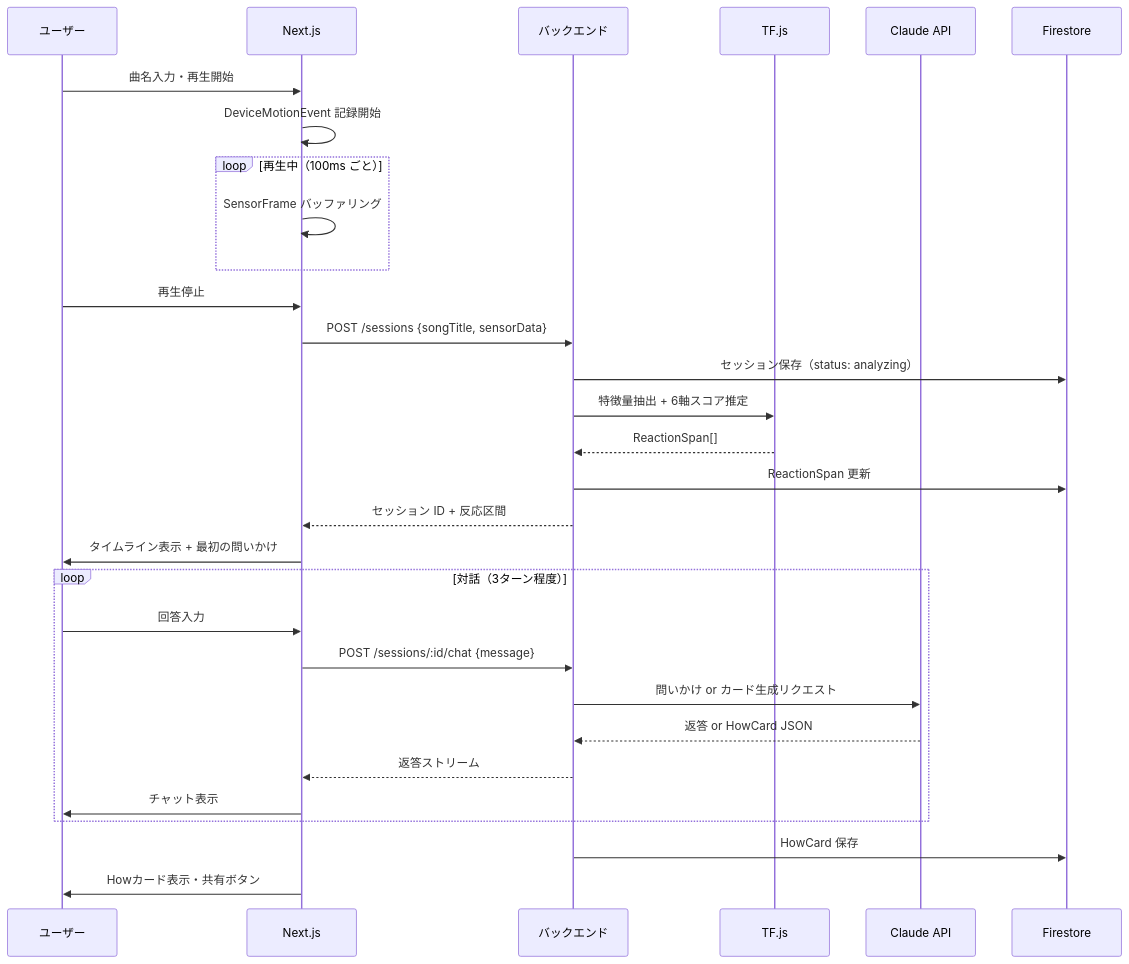
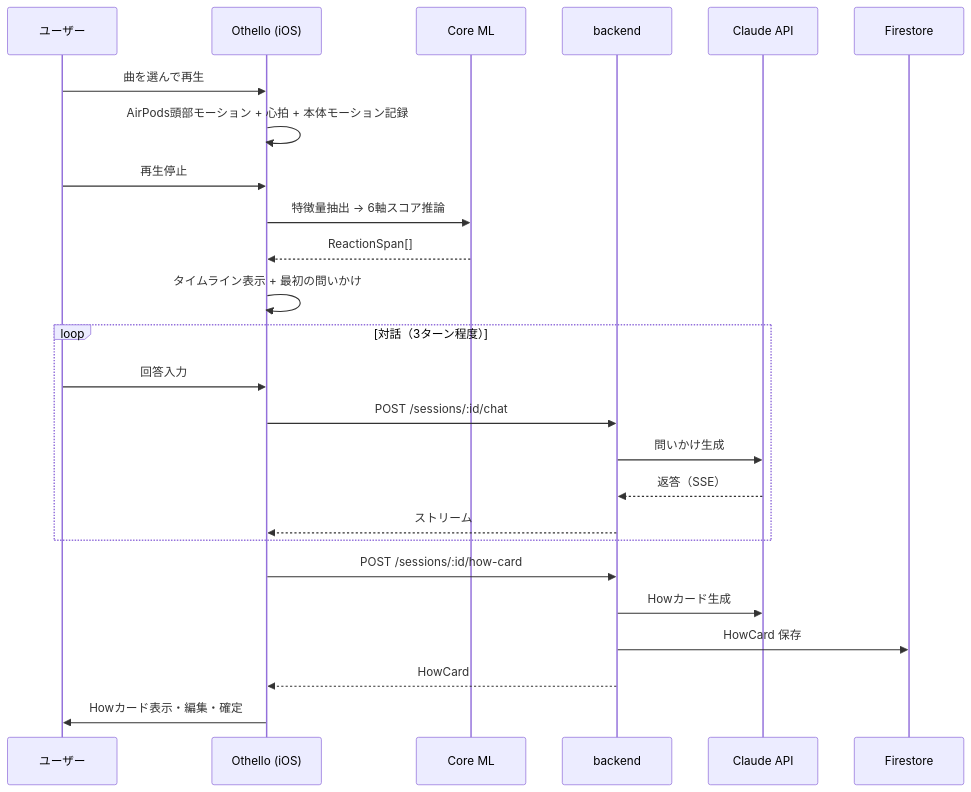
Before and after one commit to engineer-guild-hackathon-2026-05/team-10: the third of 5 diagrams in docs/functional-design.md, drawn with Mermaid. The commit also changed other lines of this file and 5 other files, not shown here.

````diff
--- a/docs/functional-design.md
+++ b/docs/functional-design.md
@@ -214,33 +202,28 @@
 ```mermaid
 sequenceDiagram
     participant U as ユーザー
-    participant FE as Next.js
-    participant BE as バックエンド
-    participant ML as TF.js
+    participant App as Othello (iOS)
+    participant ML as Core ML
+    participant BE as backend
     participant LLM as Claude API
     participant DB as Firestore
 
-    U->>FE: 曲名入力・再生開始
-    FE->>FE: DeviceMotionEvent 記録開始
-    loop 再生中（100ms ごと）
-        FE->>FE: SensorFrame バッファリング
+    U->>App: 曲を選んで再生
+    App->>App: AirPods頭部モーション + 心拍 + 本体モーション記録
+    U->>App: 再生停止
+    App->>ML: 特徴量抽出 → 6軸スコア推論
+    ML-->>App: ReactionSpan[]
+    App->>App: タイムライン表示 + 最初の問いかけ
+    loop 対話（3ターン程度）
+        U->>App: 回答入力
+        App->>BE: POST /sessions/:id/chat
+        BE->>LLM: 問いかけ生成
+        LLM-->>BE: 返答（SSE）
+        BE-->>App: ストリーム
     end
-    U->>FE: 再生停止
-    FE->>BE: POST /sessions {songTitle, sensorData}
-    BE->>DB: セッション保存（status: analyzing）
-    BE->>ML: 特徴量抽出 + 6軸スコア推定
-    ML-->>BE: ReactionSpan[]
-    BE->>DB: ReactionSpan 更新
-    BE-->>FE: セッション ID + 反応区間
-    FE->>U: タイムライン表示 + 最初の問いかけ
-    loop 対話（3ターン程度）
-        U->>FE: 回答入力
-        FE->>BE: POST /sessions/:id/chat {message}
-        BE->>LLM: 問いかけ or カード生成リクエスト
-        LLM-->>BE: 返答 or HowCard JSON
-        BE-->>FE: 返答ストリーム
-        FE->>U: チャット表示
-    end
+    App->>BE: POST /sessions/:id/how-card
+    BE->>LLM: Howカード生成
     BE->>DB: HowCard 保存
-    FE->>U: Howカード表示・共有ボタン
+    BE-->>App: HowCard
+    App->>U: Howカード表示・編集・確定
 ```
````
